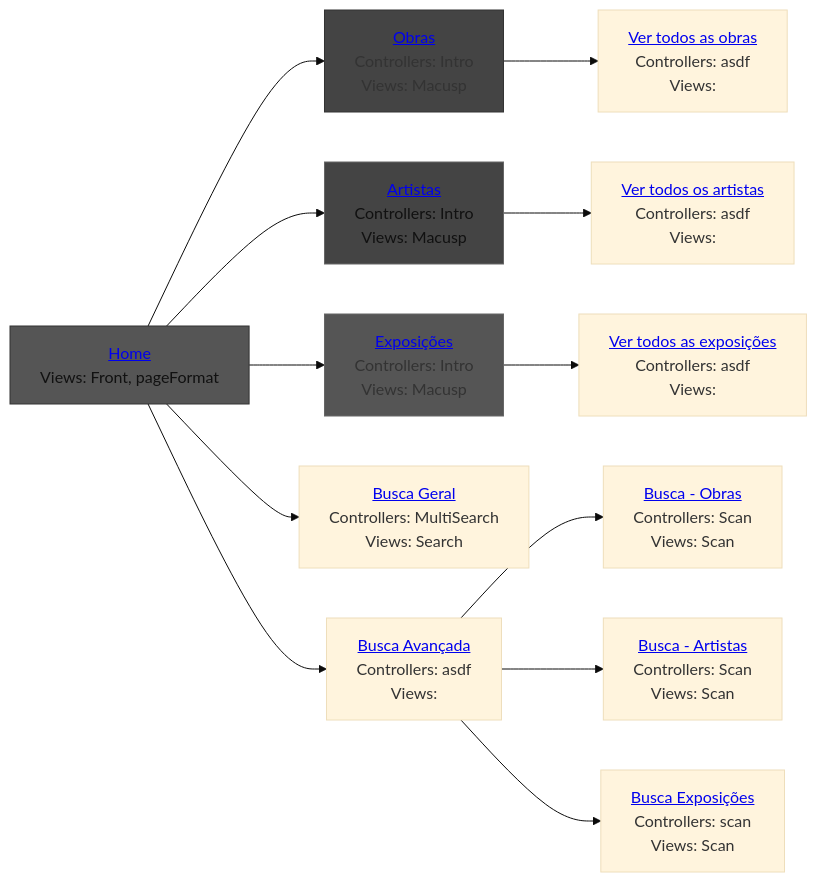
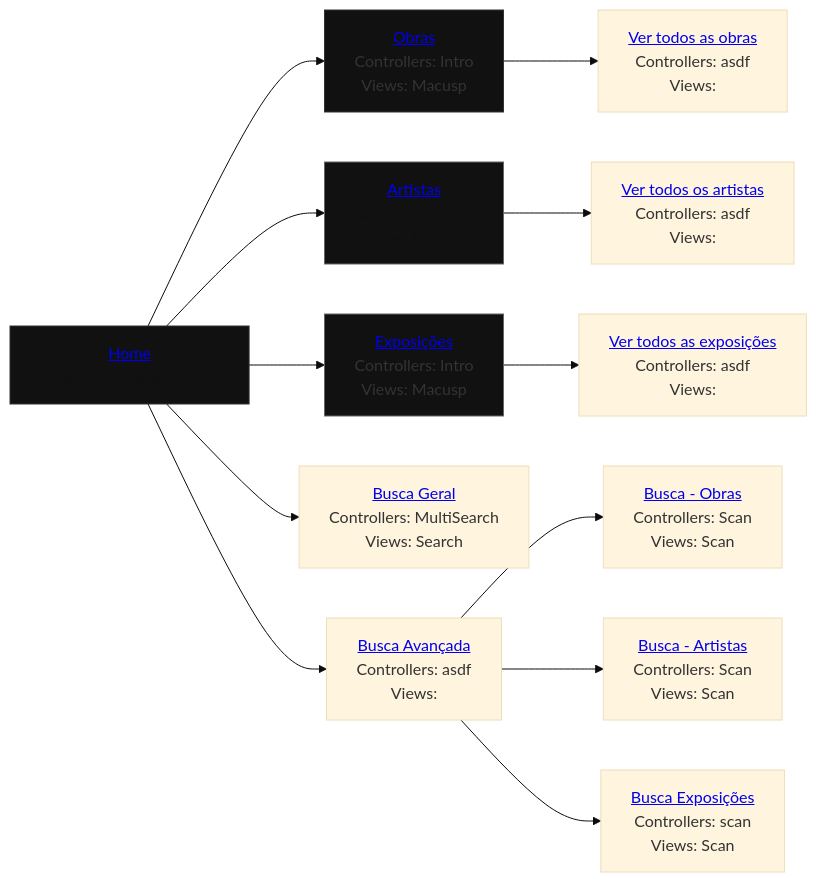
Before and after one commit to reynaldocv/macusp: the diagram in README.md, drawn with Mermaid (base theme).

````diff
--- a/README.md
+++ b/README.md
@@ -249,36 +249,36 @@
 ```mermaid
 graph LR
     %% Parte superior e inferior del primer puesto
     home["           <a href='http://143.107.130.173/admacervo/macusp/index.php'> Home </a> <br> Views: Front, pageFormat"]
     works["          <a href='http://143.107.130.173/admacervo/macusp/index.php/Intro/works'>Obras</a>      <br> Controllers: Intro <br> Views: Macusp"]
     artists["        <a href='http://143.107.130.173/admacervo/macusp/index.php/Intro/artists'>Artistas</a>  <br> Controllers: Intro <br> Views: Macusp"]
     exhibitions["    <a href='http://143.107.130.173/admacervo/macusp/index.php/Intro/exhibitions'>Exposições</a> <br> Controllers: Intro <br> Views: Macusp"]
     search["         <a href='https://link.com'> Busca Geral </a> <br>  Controllers: MultiSearch <br>  Views: Search "]
     advancedSearch[" <a href='https://link.com'> Busca Avançada</a> <br>  Controllers: </strong> asdf <br>  Views: "]
     viewWorks[" <a href='https://link.com'> Ver todos as obras</a> <br>  Controllers: </strong> asdf <br>  Views: "]
     viewArtists[" <a href='https://link.com'> Ver todos os artistas</a> <br>  Controllers: </strong> asdf <br>  Views: "]
     viewExhibitions[" <a href='https://link.com'> Ver todos as exposições</a> <br>  Controllers: </strong> asdf <br>  Views: "]
     asWorks["<a href='http://143.107.130.173/admacervo/macusp/index.php/Scan/advanced/works'> Busca - Obras</a> <br>  Controllers: Scan <br> Views: Scan"]
     asArtists["<a href='http://143.107.130.173/admacervo/macusp/index.php/Scan/advanced/artists'> Busca - Artistas</a> <br>  Controllers: Scan <br> Views: Scan "]
     asExhibitions["<a href='http://143.107.130.173/admacervo/macusp/index.php/Scan/advanced/exhibitions'> Busca Exposições </a> <br> Controllers: scan <br>  Views: Scan  "]
     
     %% Conexión del organigrama (une la parte inferior de uno con la superior del otro)
     home --> works
     home --> artists
     home --> exhibitions
     home --> search
     home --> advancedSearch
     works --> viewWorks
     artists --> viewArtists    
     exhibitions --> viewExhibitions
     advancedSearch --> asWorks
     advancedSearch --> asArtists
     advancedSearch --> asExhibitions
 
 
     %% Estilos para que parezcan una sola pieza
-    style home fill:#555,stroke:#333,color:#111
-    style works fill:#444,stroke:#333
-    style artists fill:#444,stroke:#666,color:#111
-    style exhibitions fill:#555,stroke:#666
+    style home fill:#111,stroke:#333,color:#111
+    style works fill:#111,stroke:#333
+    style artists fill:#111,stroke:#666,color:#111
+    style exhibitions fill:#111,stroke:#666
 ```
````
